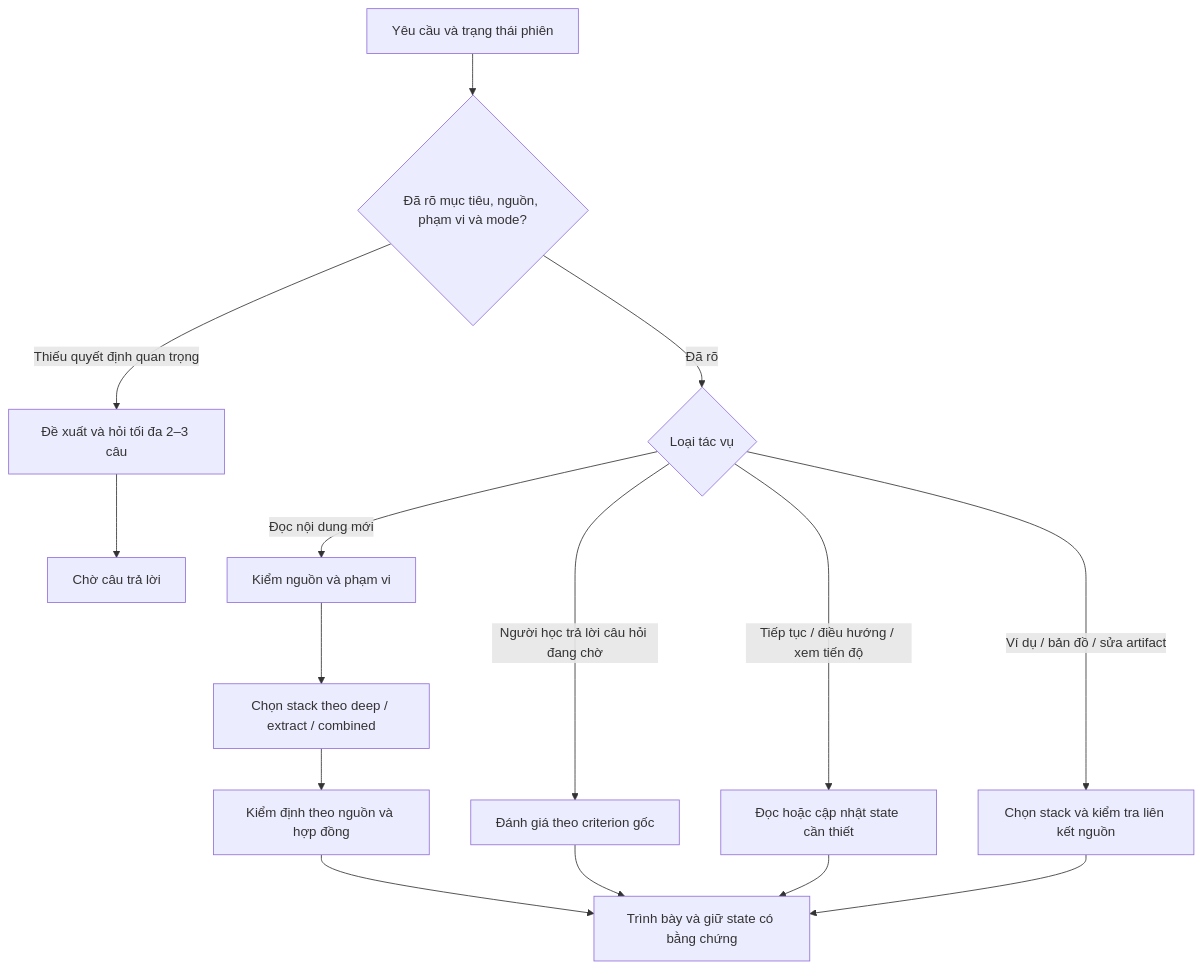
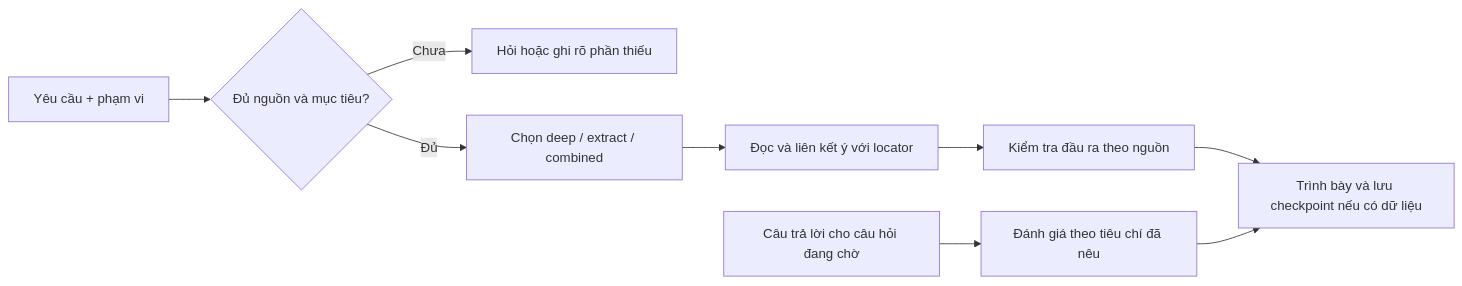
One commit to Nohfinl99/Reading_Companion changed the diagram in README.md. Above: the diagram before and after it, drawn with Mermaid. The commit also changed other lines of this file, not shown here.

````diff
--- a/README.md
+++ b/README.md
@@ -28,17 +75,11 @@
 ```mermaid
-flowchart TD
-    A[Yêu cầu và trạng thái phiên] --> B{Đã rõ mục tiêu, nguồn, phạm vi và mode?}
-    B -- Thiếu quyết định quan trọng --> C[Đề xuất và hỏi tối đa 2–3 câu]
-    C --> W[Chờ câu trả lời]
-    B -- Đã rõ --> D{Loại tác vụ}
-    D -- Đọc nội dung mới --> E[Kiểm nguồn và phạm vi]
-    E --> F[Chọn stack theo deep / extract / combined]
-    F --> G[Kiểm định theo nguồn và hợp đồng]
-    D -- Người học trả lời câu hỏi đang chờ --> H[Đánh giá theo criterion gốc]
-    D -- Tiếp tục / điều hướng / xem tiến độ --> I[Đọc hoặc cập nhật state cần thiết]
-    D -- Ví dụ / bản đồ / sửa artifact --> J[Chọn stack và kiểm tra liên kết nguồn]
-    G --> K[Trình bày và giữ state có bằng chứng]
-    H --> K
-    I --> K
-    J --> K
+flowchart LR
+    A[Yêu cầu + phạm vi] --> B{Đủ nguồn và mục tiêu?}
+    B -- Chưa --> C[Hỏi hoặc ghi rõ phần thiếu]
+    B -- Đủ --> D[Chọn deep / extract / combined]
+    D --> E[Đọc và liên kết ý với locator]
+    E --> F[Kiểm tra đầu ra theo nguồn]
+    F --> G[Trình bày và lưu checkpoint nếu có dữ liệu]
+    H[Câu trả lời cho câu hỏi đang chờ] --> I[Đánh giá theo tiêu chí đã nêu]
+    I --> G
 ```
````
